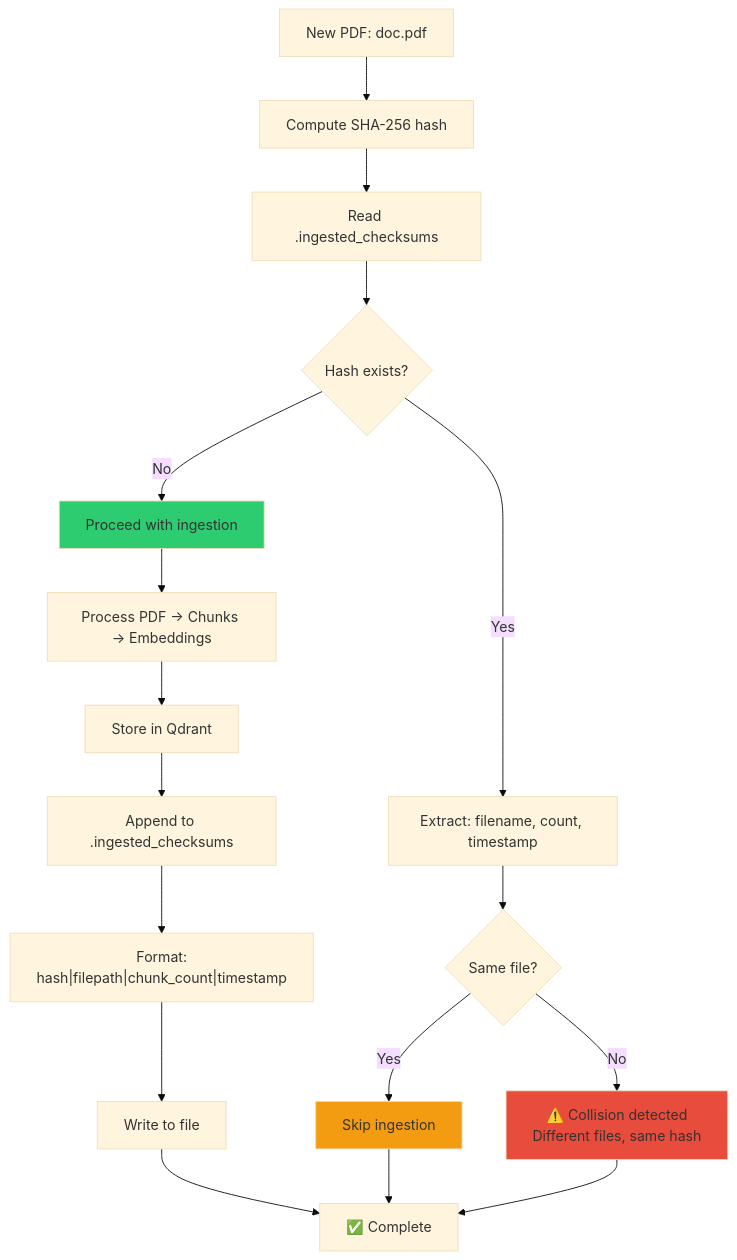
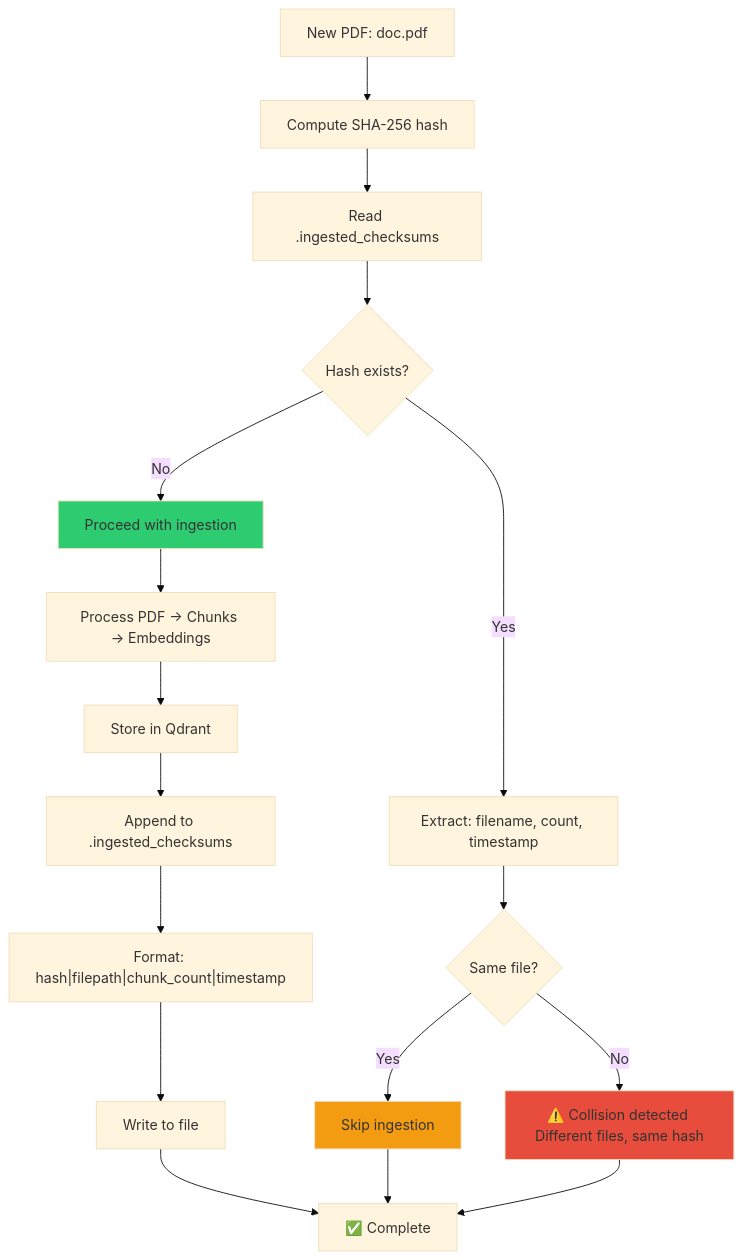
The tenth of 13 diagrams in wiki/Data-Flow-Diagrams.md (softwarewrighter/rag-demo), drawn with Mermaid (base theme) before and after one commit. The commit also changed other lines of this file and 7 other files, not shown here.

````diff
--- a/wiki/Data-Flow-Diagrams.md
+++ b/wiki/Data-Flow-Diagrams.md
@@ -347,29 +347,29 @@
 ```mermaid
 flowchart TD
     Start[New PDF: doc.pdf] --> Compute[Compute SHA-256 hash]
     Compute --> Read[Read .ingested_checksums]
 
     Read --> Check{Hash exists?}
 
     Check -->|Yes| GetInfo[Extract: filename, count, timestamp]
     GetInfo --> Compare{Same file?}
 
     Compare -->|Yes| Skip[Skip ingestion]
-    Compare -->|No| Warn[⚠️ Collision detected<br/>Different files, same hash]
+    Compare -->|No| Warn[⚠️ Collision detected Different files, same hash]
 
     Check -->|No| Ingest[Proceed with ingestion]
     Ingest --> Process[Process PDF → Chunks → Embeddings]
     Process --> Store[Store in Qdrant]
     Store --> Record[Append to .ingested_checksums]
 
-    Record --> Format["Format:<br/>hash|filepath|chunk_count|timestamp"]
+    Record --> Format["Format: hash|filepath|chunk_count|timestamp"]
     Format --> Write[Write to file]
     Write --> Done[✅ Complete]
 
     Skip --> Done
     Warn --> Done
 
     style Skip fill:#f39c12
     style Ingest fill:#2ecc71
     style Warn fill:#e74c3c
 ```
````
